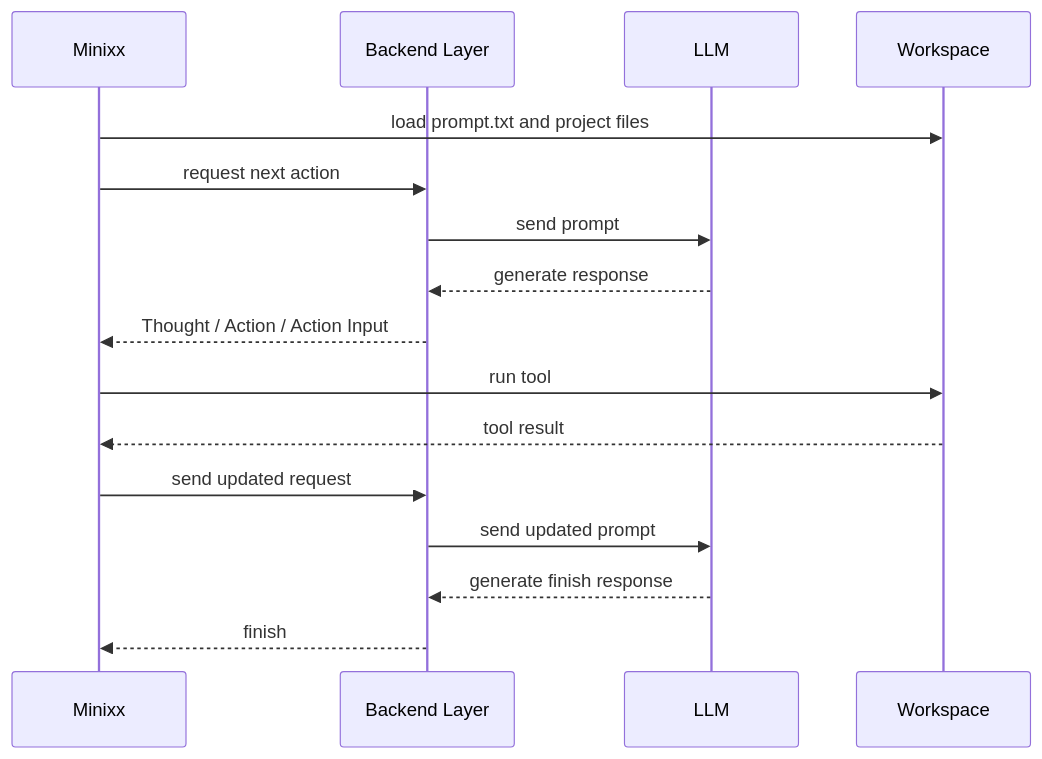
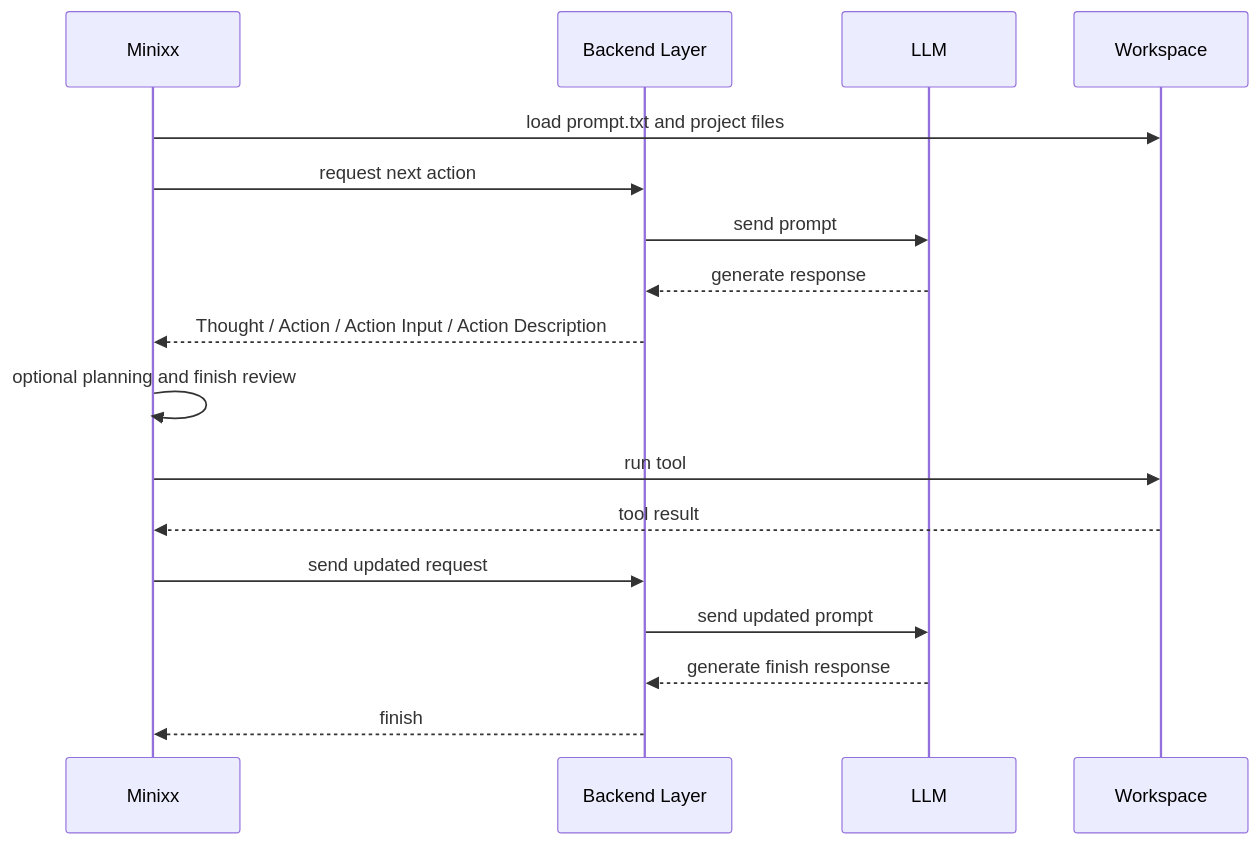
One commit to mtov/minixx changed the second of 3 diagrams in README.md. Above: the diagram before and after it, drawn with Mermaid. The commit also changed other lines of this file and 4 other files, not shown here.

Commit message:
refactor: add minimal extension points for planner, finish review, and history

````diff
--- a/README.md
+++ b/README.md
@@ -78,19 +79,20 @@
 ```mermaid
 sequenceDiagram
     participant Minixx
     participant BackendLayer as Backend Layer
     participant LLM
     participant Workspace
 
     Minixx->>Workspace: load prompt.txt and project files
     Minixx->>BackendLayer: request next action
     BackendLayer->>LLM: send prompt
     LLM-->>BackendLayer: generate response
-    BackendLayer-->>Minixx: Thought / Action / Action Input
+    BackendLayer-->>Minixx: Thought / Action / Action Input / Action Description
+    Minixx->>Minixx: optional planning and finish review
     Minixx->>Workspace: run tool
     Workspace-->>Minixx: tool result
     Minixx->>BackendLayer: send updated request
     BackendLayer->>LLM: send updated prompt
     LLM-->>BackendLayer: generate finish response
     BackendLayer-->>Minixx: finish
 ```
````
